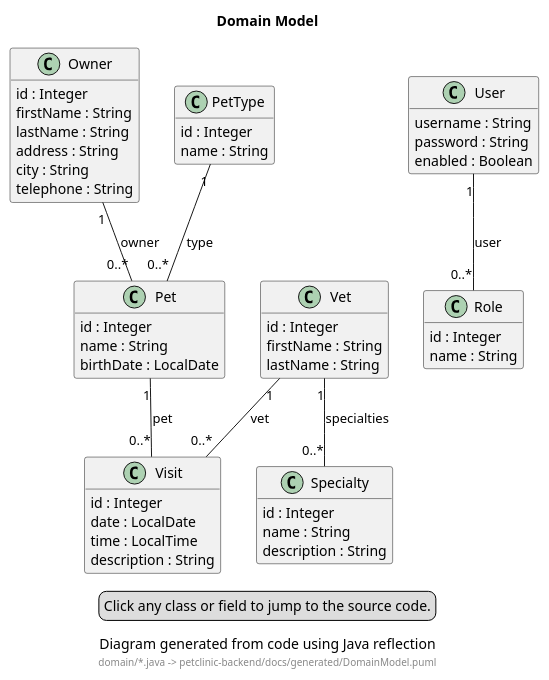
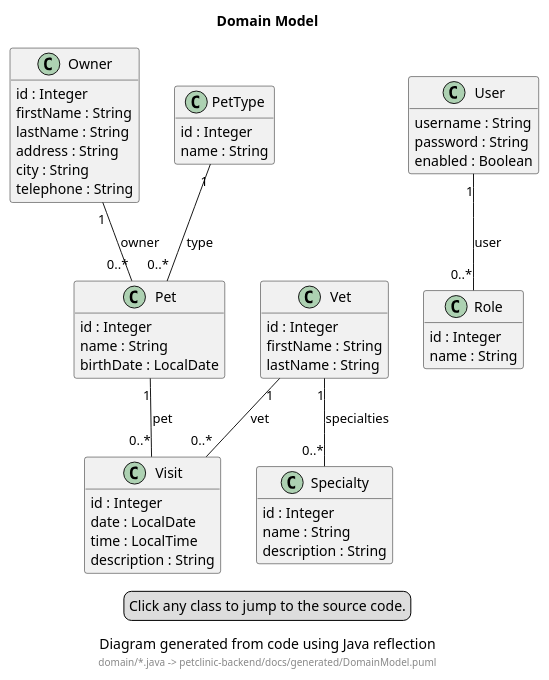
Before and after one commit to victorrentea/petclinic: the diagram in petclinic-backend/docs/generated/DomainModel.puml, drawn with PlantUML. The commit also changed 8 other files, not shown here.

First line of the commit message:
feat(diagrams): link a sequence section to its test, unlink the model's fields

```diff
--- a/petclinic-backend/docs/generated/DomainModel.puml
+++ b/petclinic-backend/docs/generated/DomainModel.puml
@@ -1,65 +1,65 @@
 @startuml
 
 title Domain Model
 caption Diagram generated from code using Java reflection
 footer domain/*.java -> petclinic-backend/docs/generated/DomainModel.puml
 
 hide empty members
 skinparam classAttributeIconSize 0
 skinparam hyperlinkUnderline false
 skinparam hyperlinkColor #000000
 legend bottom
-  Click any class or field to jump to the source code.
+  Click any class to jump to the source code.
 end legend
 
 class Owner [[src://petclinic-backend/src/main/java/victor/training/petclinic/domain/Owner.java:32{Click to open in editor}]] {
-  [[src://petclinic-backend/src/main/java/victor/training/petclinic/domain/Owner.java:35{Click to open in editor} id : Integer]]
-  [[src://petclinic-backend/src/main/java/victor/training/petclinic/domain/Owner.java:38{Click to open in editor} firstName : String]]
-  [[src://petclinic-backend/src/main/java/victor/training/petclinic/domain/Owner.java:41{Click to open in editor} lastName : String]]
-  [[src://petclinic-backend/src/main/java/victor/training/petclinic/domain/Owner.java:44{Click to open in editor} address : String]]
-  [[src://petclinic-backend/src/main/java/victor/training/petclinic/domain/Owner.java:47{Click to open in editor} city : String]]
-  [[src://petclinic-backend/src/main/java/victor/training/petclinic/domain/Owner.java:57{Click to open in editor} telephone : String]]
+  id : Integer
+  firstName : String
+  lastName : String
+  address : String
+  city : String
+  telephone : String
 }
 class Pet [[src://petclinic-backend/src/main/java/victor/training/petclinic/domain/Pet.java:33{Click to open in editor}]] {
-  [[src://petclinic-backend/src/main/java/victor/training/petclinic/domain/Pet.java:36{Click to open in editor} id : Integer]]
-  [[src://petclinic-backend/src/main/java/victor/training/petclinic/domain/Pet.java:30{Click to open in editor} name : String]]
-  [[src://petclinic-backend/src/main/java/victor/training/petclinic/domain/Pet.java:43{Click to open in editor} birthDate : LocalDate]]
+  id : Integer
+  name : String
+  birthDate : LocalDate
 }
 class PetType [[src://petclinic-backend/src/main/java/victor/training/petclinic/domain/PetType.java:12{Click to open in editor}]] {
-  [[src://petclinic-backend/src/main/java/victor/training/petclinic/domain/PetType.java:15{Click to open in editor} id : Integer]]
-  [[src://petclinic-backend/src/main/java/victor/training/petclinic/domain/PetType.java:9{Click to open in editor} name : String]]
+  id : Integer
+  name : String
 }
 class Role [[src://petclinic-backend/src/main/java/victor/training/petclinic/domain/Role.java:12{Click to open in editor}]] {
-  [[src://petclinic-backend/src/main/java/victor/training/petclinic/domain/Role.java:16{Click to open in editor} id : Integer]]
-  [[src://petclinic-backend/src/main/java/victor/training/petclinic/domain/Role.java:9{Click to open in editor} name : String]]
+  id : Integer
+  name : String
 }
 class Specialty [[src://petclinic-backend/src/main/java/victor/training/petclinic/domain/Specialty.java:11{Click to open in editor}]] {
-  [[src://petclinic-backend/src/main/java/victor/training/petclinic/domain/Specialty.java:15{Click to open in editor} id : Integer]]
-  [[src://petclinic-backend/src/main/java/victor/training/petclinic/domain/Specialty.java:8{Click to open in editor} name : String]]
-  [[src://petclinic-backend/src/main/java/victor/training/petclinic/domain/Specialty.java:20{Click to open in editor} description : String]]
+  id : Integer
+  name : String
+  description : String
 }
 class User [[src://petclinic-backend/src/main/java/victor/training/petclinic/domain/User.java:15{Click to open in editor}]] {
-  [[src://petclinic-backend/src/main/java/victor/training/petclinic/domain/User.java:18{Click to open in editor} username : String]]
-  [[src://petclinic-backend/src/main/java/victor/training/petclinic/domain/User.java:20{Click to open in editor} password : String]]
-  [[src://petclinic-backend/src/main/java/victor/training/petclinic/domain/User.java:22{Click to open in editor} enabled : Boolean]]
+  username : String
+  password : String
+  enabled : Boolean
 }
 class Vet [[src://petclinic-backend/src/main/java/victor/training/petclinic/domain/Vet.java:15{Click to open in editor}]] {
-  [[src://petclinic-backend/src/main/java/victor/training/petclinic/domain/Vet.java:19{Click to open in editor} id : Integer]]
-  [[src://petclinic-backend/src/main/java/victor/training/petclinic/domain/Vet.java:22{Click to open in editor} firstName : String]]
-  [[src://petclinic-backend/src/main/java/victor/training/petclinic/domain/Vet.java:25{Click to open in editor} lastName : String]]
+  id : Integer
+  firstName : String
+  lastName : String
 }
 class Visit [[src://petclinic-backend/src/main/java/victor/training/petclinic/domain/Visit.java:15{Click to open in editor}]] {
-  [[src://petclinic-backend/src/main/java/victor/training/petclinic/domain/Visit.java:18{Click to open in editor} id : Integer]]
-  [[src://petclinic-backend/src/main/java/victor/training/petclinic/domain/Visit.java:21{Click to open in editor} date : LocalDate]]
-  [[src://petclinic-backend/src/main/java/victor/training/petclinic/domain/Visit.java:25{Click to open in editor} time : LocalTime]]
-  [[src://petclinic-backend/src/main/java/victor/training/petclinic/domain/Visit.java:28{Click to open in editor} description : String]]
+  id : Integer
+  date : LocalDate
+  time : LocalTime
+  description : String
 }
 
 Owner "1" -- "0..*" Pet : owner
 Pet "1" -- "0..*" Visit : pet
 PetType "1" -- "0..*" Pet : type
 User "1" -- "0..*" Role : user
 Vet "1" -- "0..*" Specialty : specialties
 Vet "1" -- "0..*" Visit : vet
 
 @enduml
```
